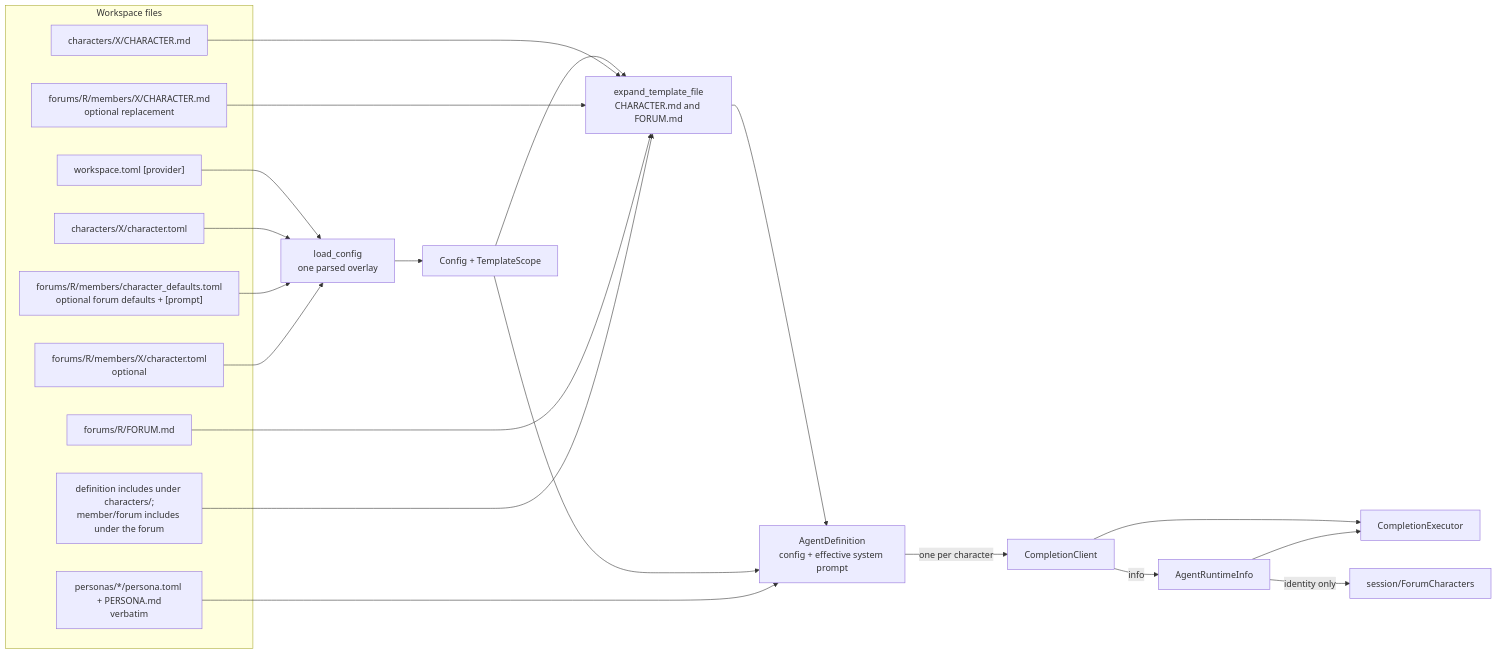
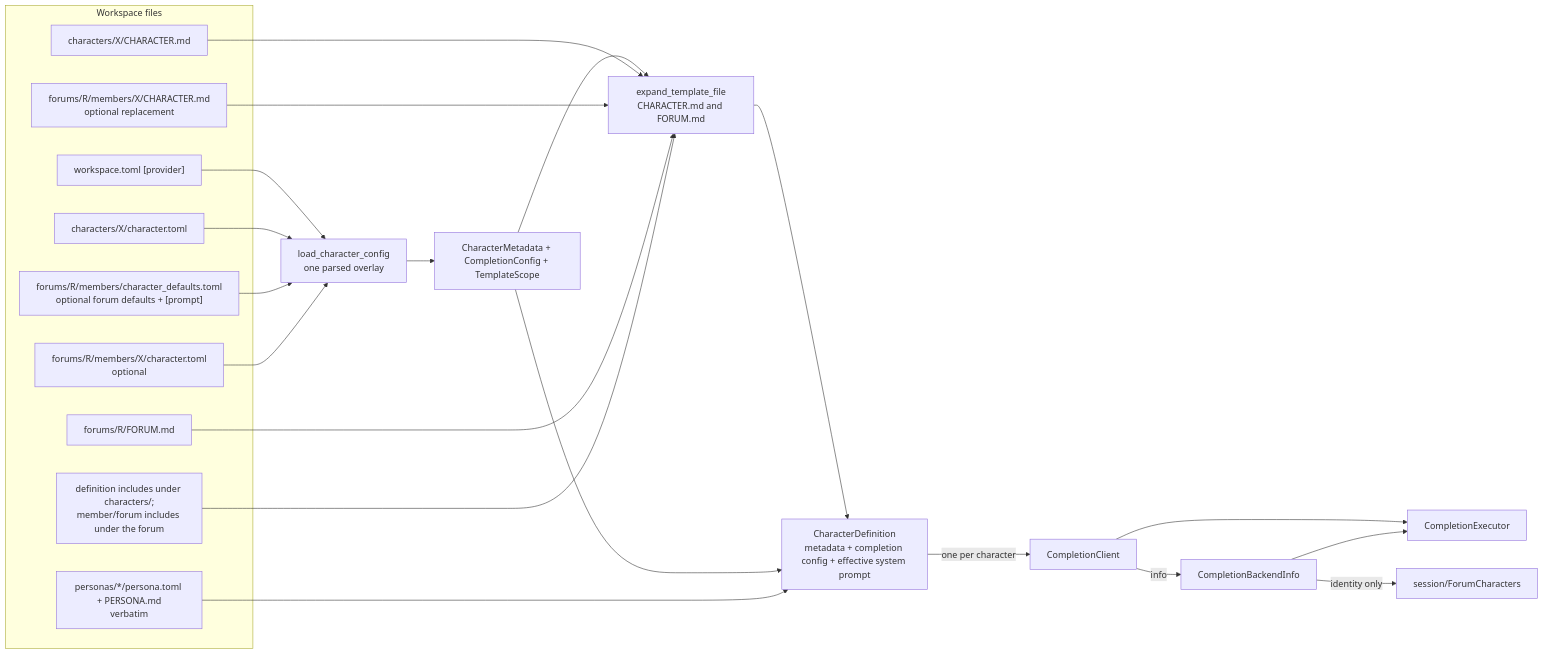
Before and after one commit to michaelpopov/cha: the first of 4 diagrams in src/agents/README.md, drawn with Mermaid. The commit also changed other lines of this file and 92 other files, not shown here.

````diff
--- a/src/agents/README.md
+++ b/src/agents/README.md
@@ -26,33 +26,33 @@
 ```mermaid
 flowchart LR
     subgraph disk["Workspace files"]
         app_cfg["workspace.toml [provider]"]
         definition_cfg["characters/X/character.toml"]
         definition_prompt["characters/X/CHARACTER.md"]
         base["forums/R/members/character_defaults.toml<br/>optional forum defaults + [prompt]"]
         member_cfg["forums/R/members/X/character.toml<br/>optional"]
         member_prompt["forums/R/members/X/CHARACTER.md<br/>optional replacement"]
         usr["forums/R/FORUM.md"]
         roster["personas/*/persona.toml + PERSONA.md<br/>verbatim"]
         shared["definition includes under characters/;<br/>member/forum includes under the forum"]
     end
 
-    app_cfg --> load["load_config<br/>one parsed overlay"]
+    app_cfg --> load["load_character_config<br/>one parsed overlay"]
     definition_cfg --> load
     base --> load
     member_cfg --> load
-    load --> conf["Config + TemplateScope"]
+    load --> conf["CharacterMetadata + CompletionConfig + TemplateScope"]
     conf --> expand["expand_template_file<br/>CHARACTER.md and FORUM.md"]
     definition_prompt --> expand
     member_prompt --> expand
     usr --> expand
     shared --> expand
-    expand --> def["AgentDefinition<br/>config + effective system prompt"]
+    expand --> def["CharacterDefinition<br/>metadata + completion config + effective system prompt"]
     conf --> def
     roster --> def
     def -->|"one per character"| client["CompletionClient"]
     client --> executor["CompletionExecutor"]
-    client -->|"info"| runtime["AgentRuntimeInfo"]
+    client -->|"info"| runtime["CompletionBackendInfo"]
     runtime --> executor
     runtime -->|"identity only"| characters["session/ForumCharacters"]
 ```
````
